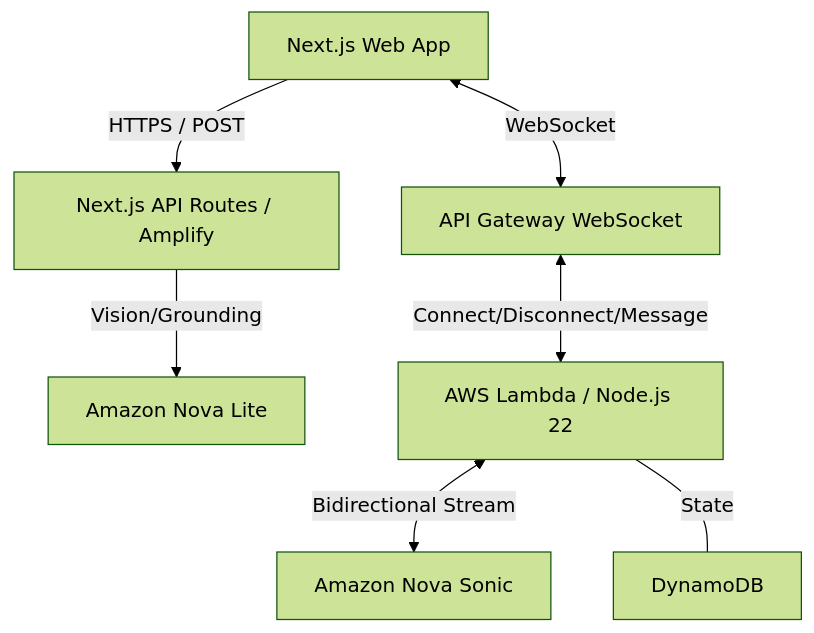
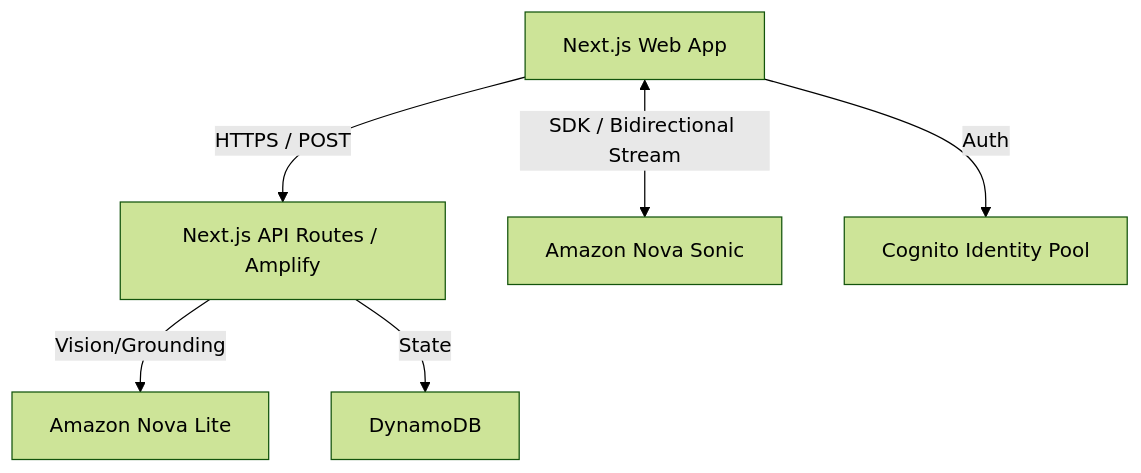
One commit to lassestilvang/world-lens changed the diagram in README.md. Above: the diagram before and after it, drawn with Mermaid (forest theme). The commit also changed other lines of this file, not shown here.

Commit message:
refactor: Update architecture diagram and key components to reflect direct client-to-Bedrock Sonic streaming, Cognito authentication, and API Routes managing DynamoDB state.

````diff
--- a/README.md
+++ b/README.md
@@ -11,10 +11,9 @@
 ```mermaid
 graph TD
     Client[Next.js Web App] -->|HTTPS / POST| API_Routes[Next.js API Routes / Amplify]
     API_Routes -->|Vision/Grounding| Bedrock_Lite[Amazon Nova Lite]
+    API_Routes -->|State| DDB[DynamoDB]
     
-    Client <-->|WebSocket| APIGW[API Gateway WebSocket]
-    APIGW <-->|Connect/Disconnect/Message| Lambda[AWS Lambda / Node.js 22]
-    Lambda <-->|Bidirectional Stream| Bedrock_Sonic[Amazon Nova Sonic]
-    Lambda ---|State| DDB[DynamoDB]
+    Client <-->|SDK / Bidirectional Stream| Bedrock_Sonic[Amazon Nova Sonic]
+    Client -->|Auth| Cognito[Cognito Identity Pool]
 ```
````
